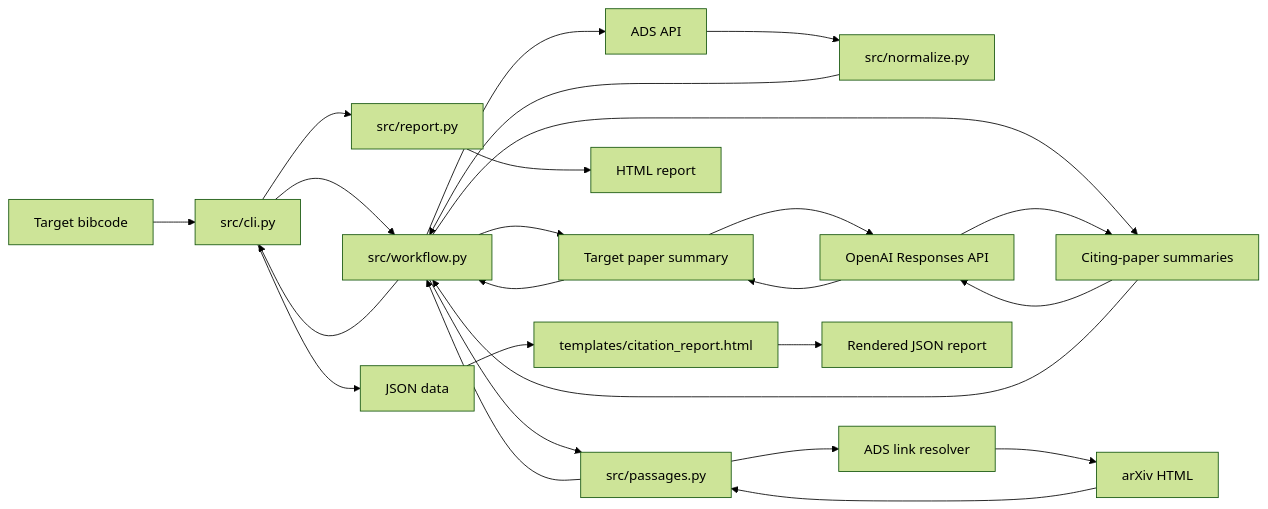
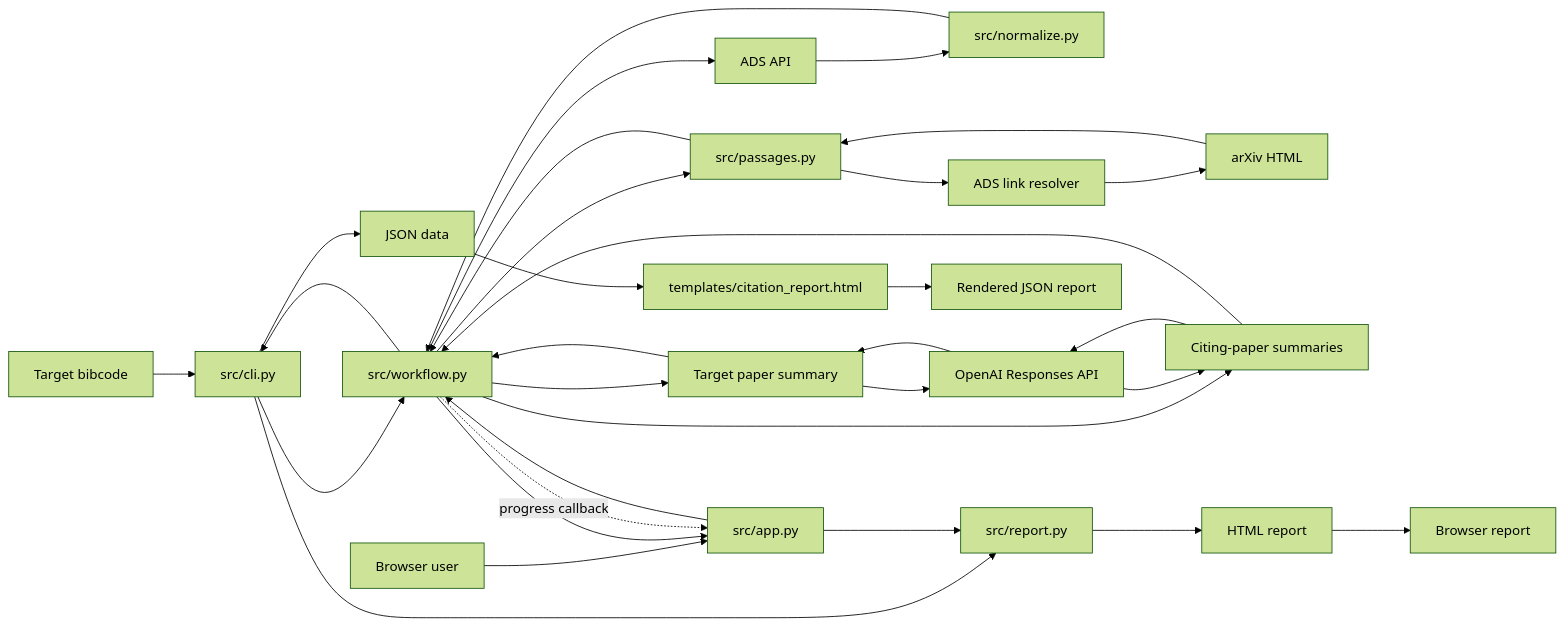
The diagram in PIPELINE.md (ttepperg/citation-agent), drawn with Mermaid (forest theme) before and after one commit. The commit also changed other lines of this file and 6 other files, not shown here.

````diff
--- a/PIPELINE.md
+++ b/PIPELINE.md
@@ -6,28 +6,34 @@
 ```mermaid
 flowchart LR
     User[Target bibcode] --> CLI[src/cli.py]
+    BrowserUser[Browser user] --> App[src/app.py]
     CLI --> Workflow[src/workflow.py]
+    App --> Workflow
     Workflow --> ADS[ADS API]
     ADS --> Normalize[src/normalize.py]
     Normalize --> Workflow
     Workflow --> TargetSummary[Target paper summary]
     TargetSummary --> OpenAI[OpenAI Responses API]
     OpenAI --> TargetSummary
     TargetSummary --> Workflow
     Workflow --> Passages[src/passages.py]
     Passages --> Resolver[ADS link resolver]
     Resolver --> Arxiv[arXiv HTML]
     Arxiv --> Passages
     Passages --> Workflow
     Workflow --> CitationSummary[Citing-paper summaries]
     CitationSummary --> OpenAI
     OpenAI --> CitationSummary
     CitationSummary --> Workflow
     Workflow --> CLI
+    Workflow --> App
+    Workflow -. progress callback .-> App
     CLI --> Report[src/report.py]
+    App --> Report
     Report --> HTML[HTML report]
     CLI --> JSON[JSON data]
+    HTML --> BrowserReport[Browser report]
     JSON --> Viewer[templates/citation_report.html]
     Viewer --> View[Rendered JSON report]
-    Report ~~~ CLI
+    Report ~~~ Workflow
 ```
````
